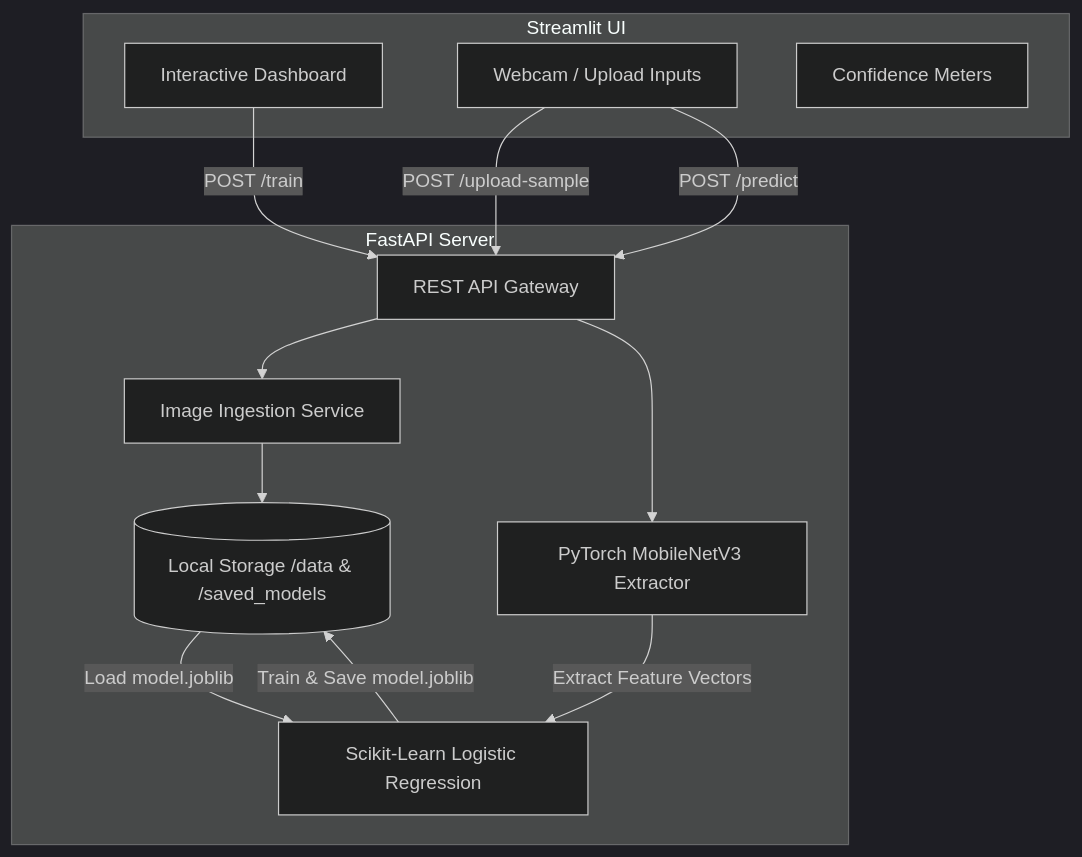
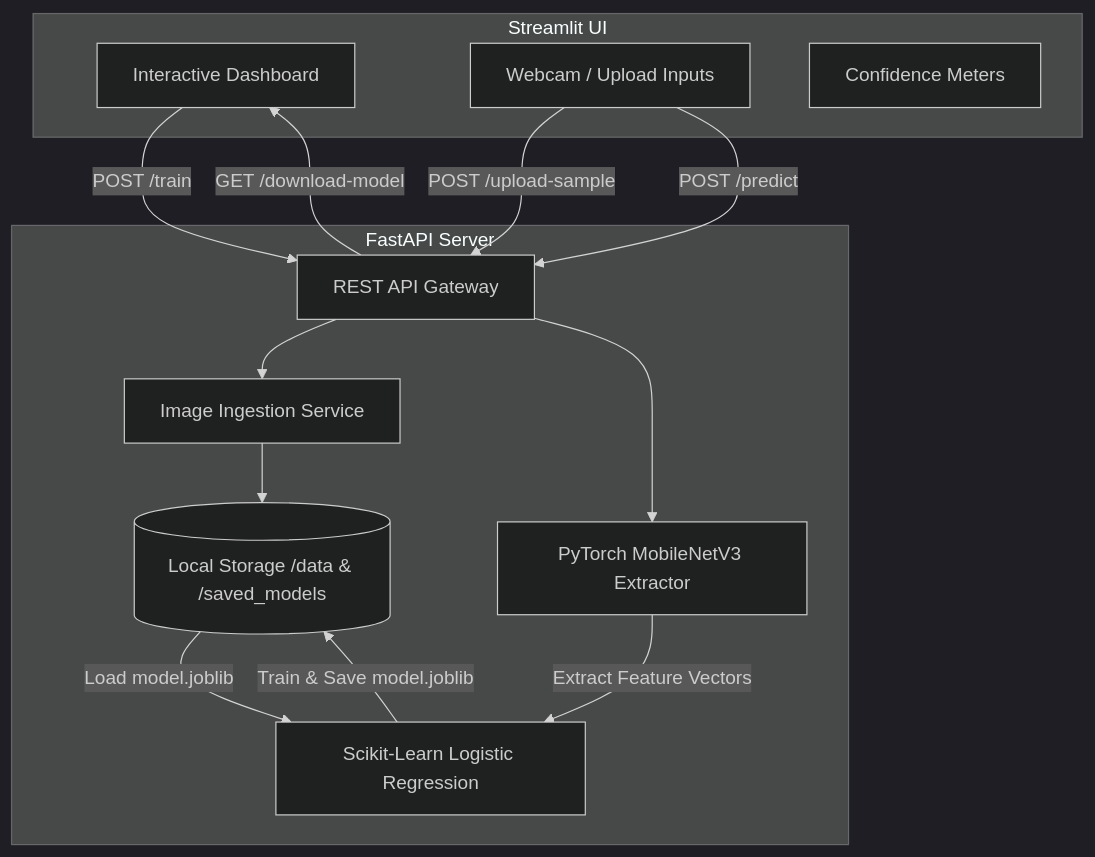
The diagram in README.md (mateenali07/technable_machine_project), drawn with Mermaid (dark theme) before and after one commit. The commit also changed other lines of this file and 11 other files, not shown here.

````diff
--- a/README.md
+++ b/README.md
@@ -13,26 +25,27 @@
 ```mermaid
 flowchart TD
     subgraph Frontend [Streamlit UI]
         UI[Interactive Dashboard]
         Cam[Webcam / Upload Inputs]
         Chart[Confidence Meters]
     end
 
     subgraph Backend [FastAPI Server]
         API[REST API Gateway]
         Ingest[Image Ingestion Service]
         ML[PyTorch MobileNetV3 Extractor]
         CLF[Scikit-Learn Logistic Regression]
         Disk[(Local Storage /data & /saved_models)]
     end
 
     Cam -->|POST /upload-sample| API
     UI -->|POST /train| API
     Cam -->|POST /predict| API
     
     API --> Ingest --> Disk
     API --> ML
     ML -->|Extract Feature Vectors| CLF
     CLF -->|Train & Save model.joblib| Disk
     Disk -->|Load model.joblib| CLF
+    API -->|GET /download-model| UI
 ```
````
